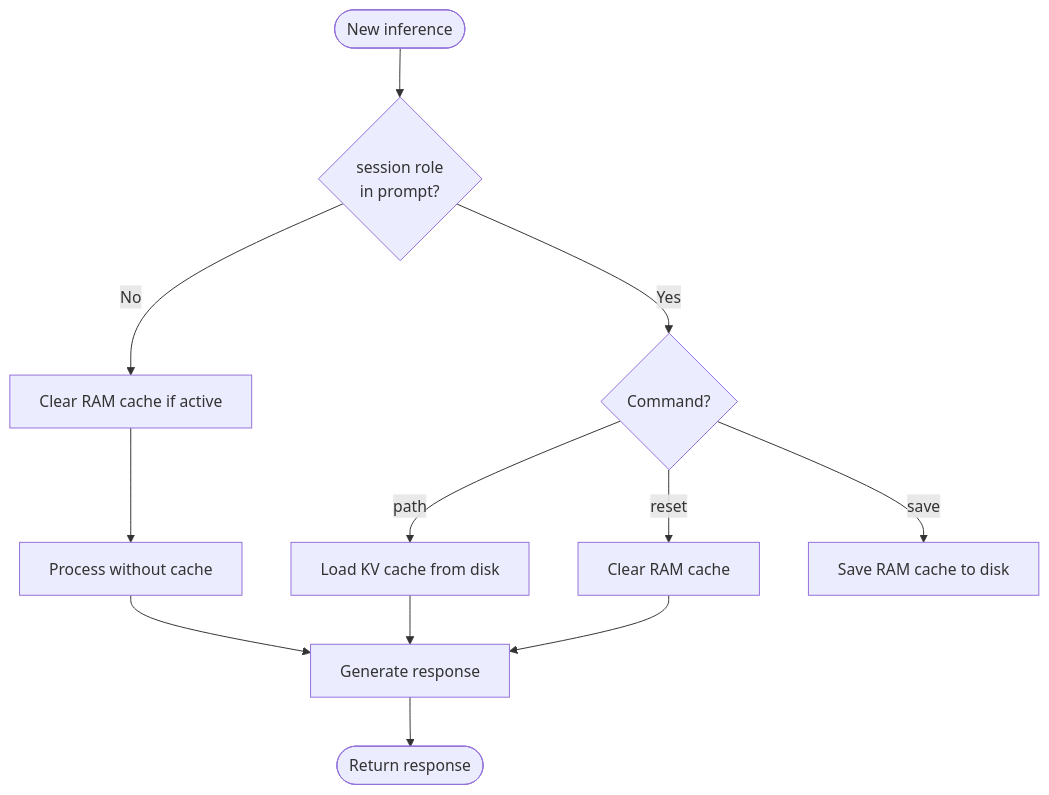
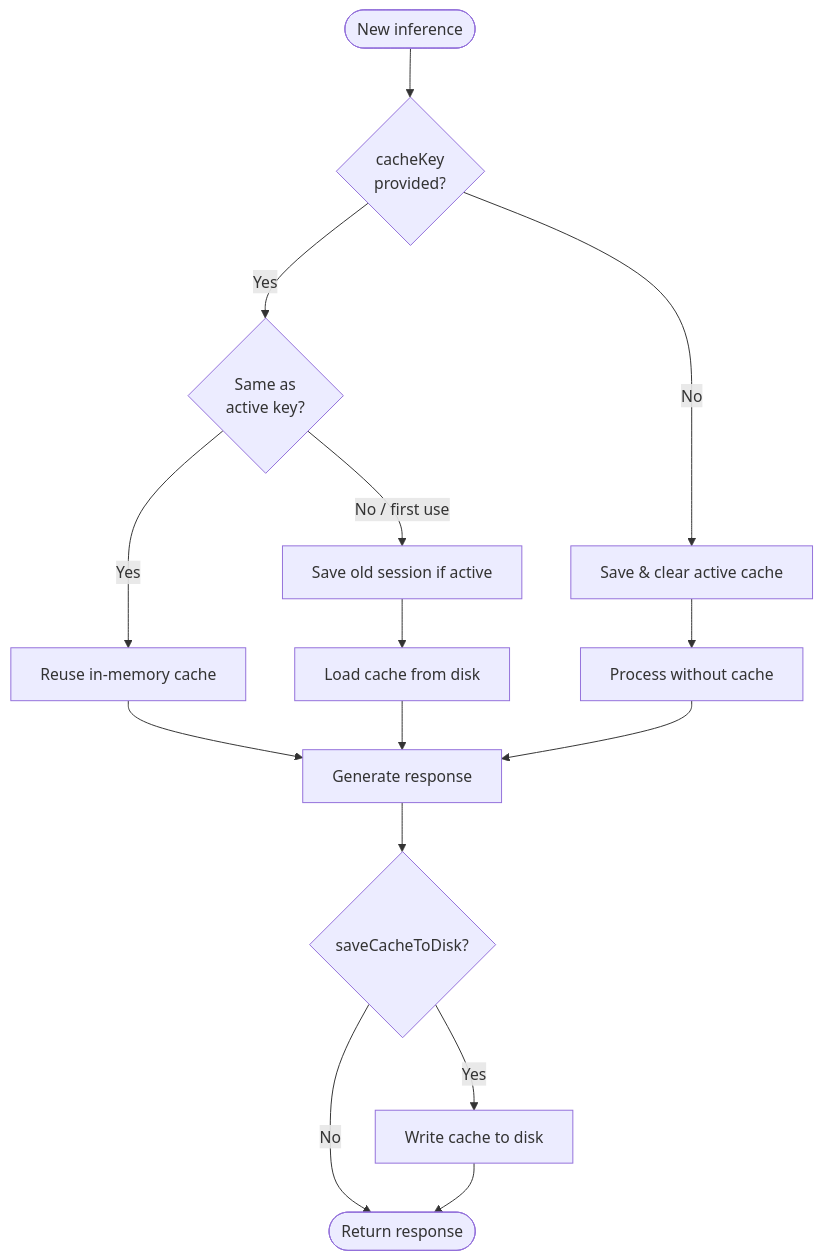
Before and after one commit to yuranich/qvac: the sixth of 6 diagrams in packages/qvac-lib-infer-llamacpp-llm/docs/data-flows-detailed.md, drawn with Mermaid. The commit also changed other lines of this file and 23 other files, not shown here.

First line of the commit message:
QVAC-16991 feat: simplify KV cache API by replacing session messages with explicit runOptions (#1485)

````diff
--- a/packages/qvac-lib-infer-llamacpp-llm/docs/data-flows-detailed.md
+++ b/packages/qvac-lib-infer-llamacpp-llm/docs/data-flows-detailed.md
@@ -443,14 +443,17 @@
 ```mermaid
 flowchart TD
-    Start([New inference]) --> CheckSession{session role<br/>in prompt?}
-    CheckSession -->|No| ClearRAM[Clear RAM cache if active]
+    Start([New inference]) --> CheckKey{cacheKey<br/>provided?}
+    CheckKey -->|No| ClearRAM[Save & clear active cache]
     ClearRAM --> NormalInference[Process without cache]
-    CheckSession -->|Yes| ParseCmd{Command?}
-    ParseCmd -->|path| LoadCache[Load KV cache from disk]
-    ParseCmd -->|reset| ResetRAM[Clear RAM cache]
-    ParseCmd -->|save| SaveDisk[Save RAM cache to disk]
-    LoadCache --> Generate[Generate response]
-    ResetRAM --> Generate
+    CheckKey -->|Yes| SameKey{Same as<br/>active key?}
+    SameKey -->|Yes| Reuse[Reuse in-memory cache]
+    SameKey -->|No / first use| SaveOld[Save old session if active]
+    SaveOld --> LoadNew[Load cache from disk]
+    Reuse --> Generate[Generate response]
+    LoadNew --> Generate
     NormalInference --> Generate
-    Generate --> End([Return response])
+    Generate --> CheckSave{saveCacheToDisk?}
+    CheckSave -->|Yes| WriteDisk[Write cache to disk]
+    CheckSave -->|No| End([Return response])
+    WriteDisk --> End
 ```
````
